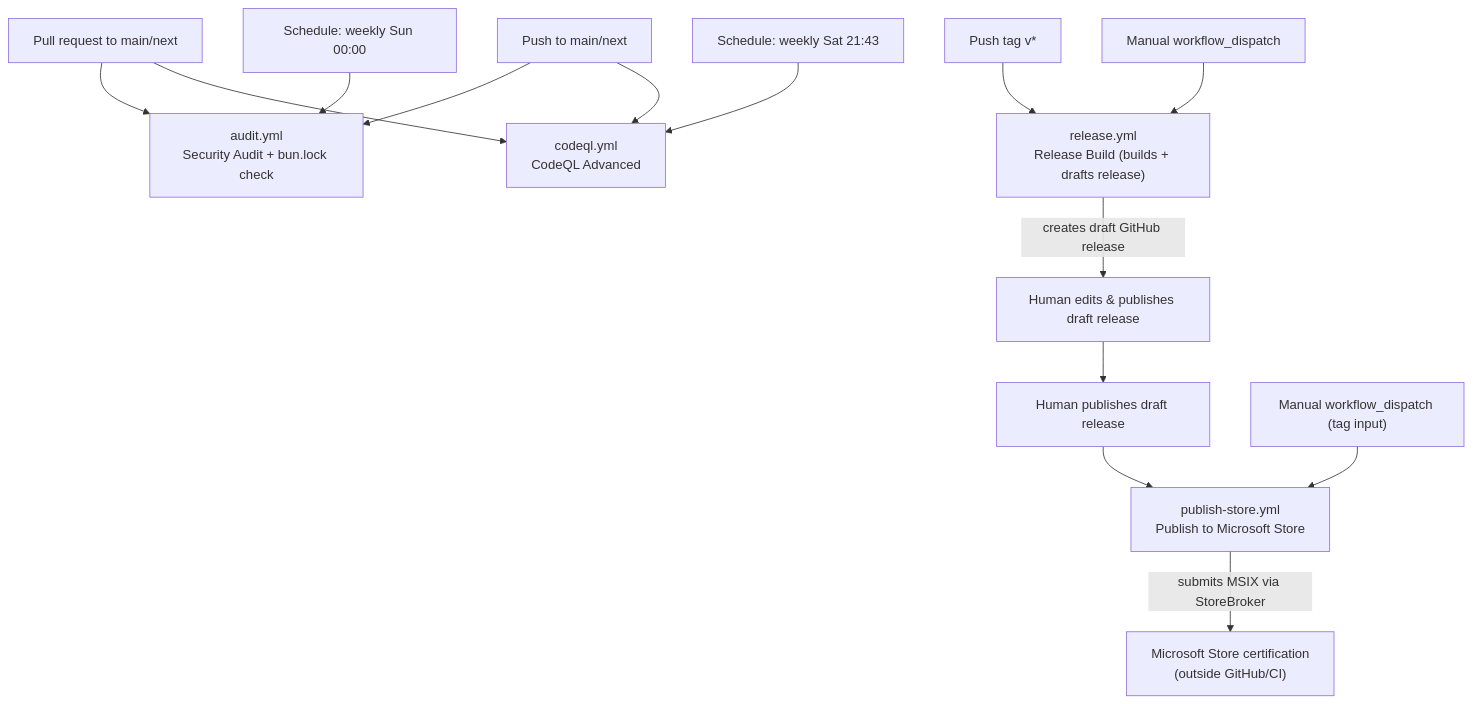
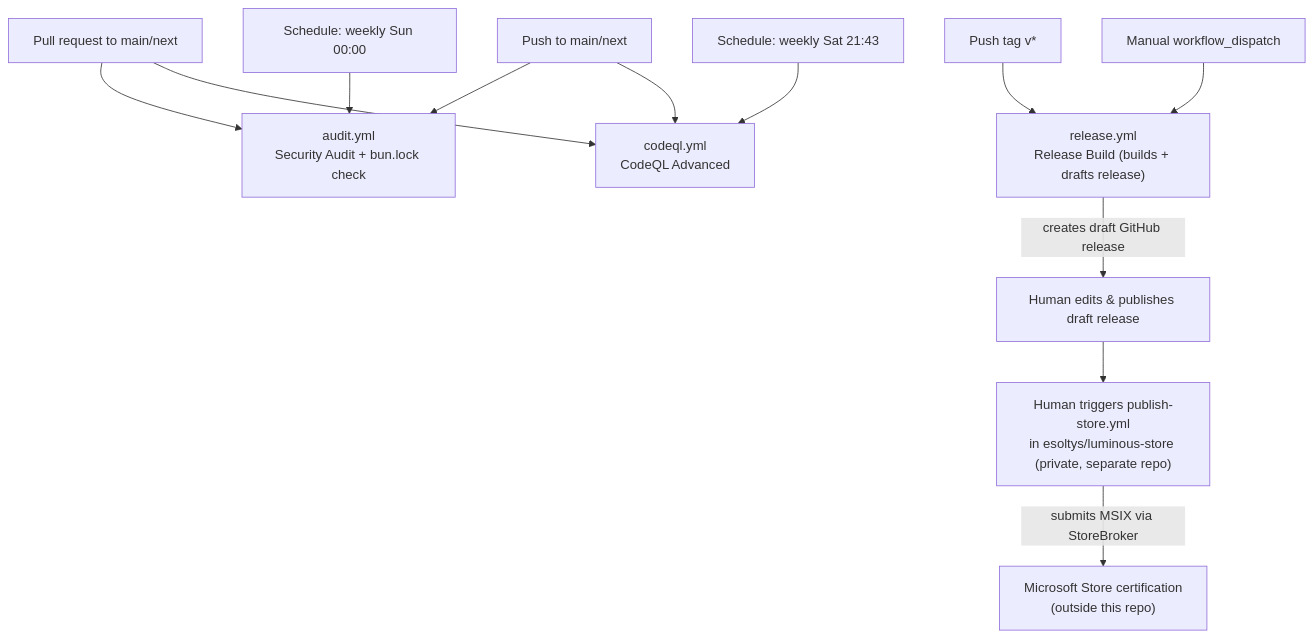
The diagram in docs/CI.md (esoltys/luminous), drawn with Mermaid before and after one commit. The commit also changed other lines of this file and 8 other files, not shown here.

First line of the commit message:
chore: move Microsoft Store submission pipeline to esoltys/luminous-store

````diff
--- a/docs/CI.md
+++ b/docs/CI.md
@@ -97,34 +96,28 @@
 ```mermaid
 flowchart TD
     PR["Pull request to main/next"]
     PushMainNext["Push to main/next"]
     Schedule1["Schedule: weekly Sun 00:00"]
     Schedule2["Schedule: weekly Sat 21:43"]
     TagPush["Push tag v*"]
     ManualDispatch1["Manual workflow_dispatch"]
-    ReleasePublished["Human publishes draft release"]
-    ManualDispatch2["Manual workflow_dispatch (tag input)"]
 
     Audit["audit.yml\nSecurity Audit + bun.lock check"]
     CodeQL["codeql.yml\nCodeQL Advanced"]
     Release["release.yml\nRelease Build (builds + drafts release)"]
-    Store["publish-store.yml\nPublish to Microsoft Store"]
 
     PR --> Audit
     PushMainNext --> Audit
     Schedule1 --> Audit
 
     PR --> CodeQL
     PushMainNext --> CodeQL
     Schedule2 --> CodeQL
 
     TagPush --> Release
     ManualDispatch1 --> Release
 
     Release -->|creates draft GitHub release| HumanPublish["Human edits & publishes draft release"]
-    HumanPublish --> ReleasePublished
-    ReleasePublished --> Store
-    ManualDispatch2 --> Store
-
-    Store -->|submits MSIX via StoreBroker| MSStore["Microsoft Store certification\n(outside GitHub/CI)"]
+    HumanPublish --> ManualStore["Human triggers publish-store.yml\nin esoltys/luminous-store (private, separate repo)"]
+    ManualStore -->|submits MSIX via StoreBroker| MSStore["Microsoft Store certification\n(outside this repo)"]
 ```
````
